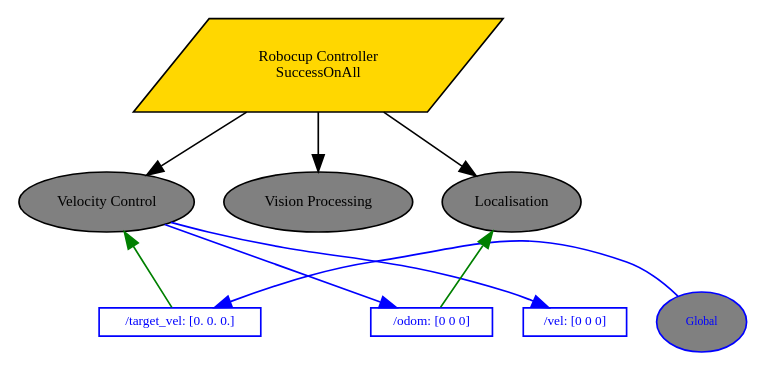
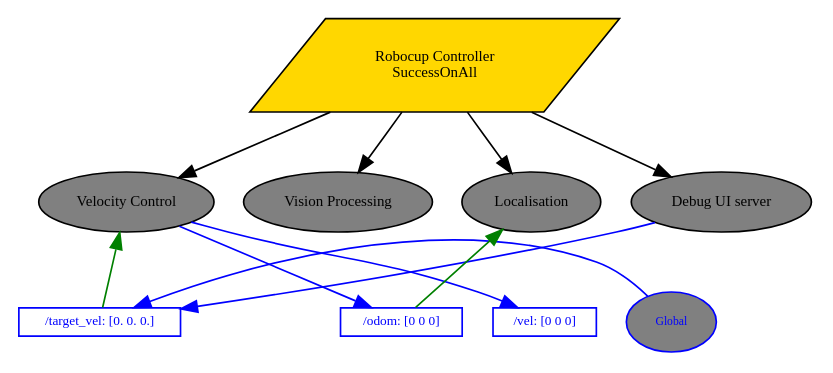
Before and after one commit to debater-coder/robocup-25: the diagram in controller/robocup_controller.dot, drawn with Graphviz. The commit also changed 5 other files, not shown here.

```diff
--- a/controller/robocup_controller.dot
+++ b/controller/robocup_controller.dot
@@ -1,27 +1,30 @@
 digraph pastafarianism {
 ordering=out;
 graph [fontname="times-roman"];
 node [fontname="times-roman"];
 edge [fontname="times-roman"];
 "Robocup Controller" [label="Robocup Controller\nSuccessOnAll", shape=parallelogram, style=filled, fillcolor=gold, fontsize=9, fontcolor=black];
 "Velocity Control" [label="Velocity Control", shape=ellipse, style=filled, fillcolor=gray, fontsize=9, fontcolor=black];
 "Robocup Controller" -> "Velocity Control";
 "Vision Processing" [label="Vision Processing", shape=ellipse, style=filled, fillcolor=gray, fontsize=9, fontcolor=black];
 "Robocup Controller" -> "Vision Processing";
 Localisation [label=Localisation, shape=ellipse, style=filled, fillcolor=gray, fontsize=9, fontcolor=black];
 "Robocup Controller" -> Localisation;
+"Debug UI server" [label="Debug UI server", shape=ellipse, style=filled, fillcolor=gray, fontsize=9, fontcolor=black];
+"Robocup Controller" -> "Debug UI server";
 "/target_vel" -> "Velocity Control" [color=green, constraint=false, weight=0];
 Global -> "/target_vel" [color=blue, constraint=false, weight=0];
+"Debug UI server" -> "/target_vel" [color=blue, constraint=false, weight=0];
 "/odom" -> Localisation [color=green, constraint=false, weight=0];
 "Velocity Control" -> "/odom" [color=blue, constraint=false, weight=0];
 "Velocity Control" -> "/vel" [color=blue, constraint=false, weight=0];
 subgraph Blackboard {
 id=Blackboard;
 label=Blackboard;
 rank=sink;
 Global [label=Global, shape=ellipse, style=filled, color=blue, fillcolor=gray, fontsize=7, fontcolor=blue];
 "/target_vel" [label="/target_vel: [0. 0. 0.]", shape=box, style=filled, color=blue, fillcolor=white, fontsize=8, fontcolor=blue, width=0, height=0, fixedsize=false];
 "/odom" [label="/odom: [0 0 0]", shape=box, style=filled, color=blue, fillcolor=white, fontsize=8, fontcolor=blue, width=0, height=0, fixedsize=false];
 "/vel" [label="/vel: [0 0 0]", shape=box, style=filled, color=blue, fillcolor=white, fontsize=8, fontcolor=blue, width=0, height=0, fixedsize=false];
 }
 }
```
